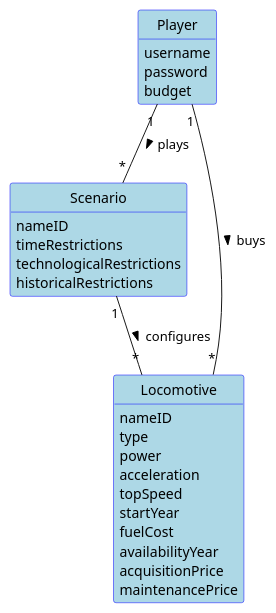
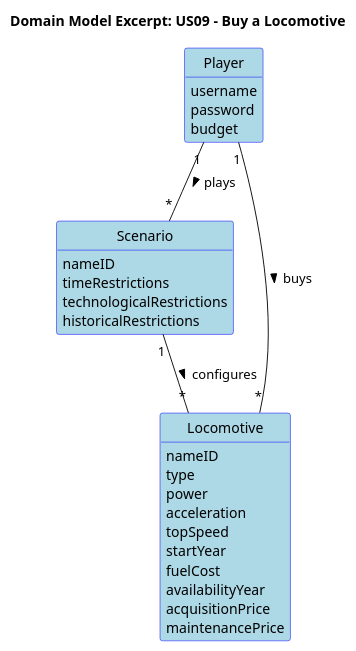
The diagram in docs/system-documentation/Sprint 1/US09/02.analysis/puml/US09-DM.puml (HenriqueSilva18/Railway-Network-Simulator), drawn with PlantUML before and after one commit. The commit also changed 7 other files, not shown here.

```diff
--- a/docs/system-documentation/Sprint 1/US09/02.analysis/puml/US09-DM.puml
+++ b/docs/system-documentation/Sprint 1/US09/02.analysis/puml/US09-DM.puml
@@ -1,48 +1,50 @@
 @startuml
 skinparam shadowing false
 skinparam classAttributeIconSize 0
 skinparam class {
   BackgroundColor LightBlue
   BorderColor Blue
 }
 skinparam enum {
   BackgroundColor LightBlue
   BorderColor Blue
 }
 hide circle
 hide methods
+
+title Domain Model Excerpt: US09 - Buy a Locomotive
 
 class Player {
   username
   password
   budget
 }
 
 class Scenario {
   nameID
   timeRestrictions
   technologicalRestrictions
   historicalRestrictions
 }
 
 class Locomotive {
   nameID
   type
   power
   acceleration
   topSpeed
   startYear
   fuelCost
   availabilityYear
   acquisitionPrice
   maintenancePrice
 }
 
 Player "1" -- "*" Scenario : plays >
 Player "1" -- "*" Locomotive : buys >
 Scenario "1" -- "*" Locomotive : configures >
 
 
 
 
 @enduml
```
